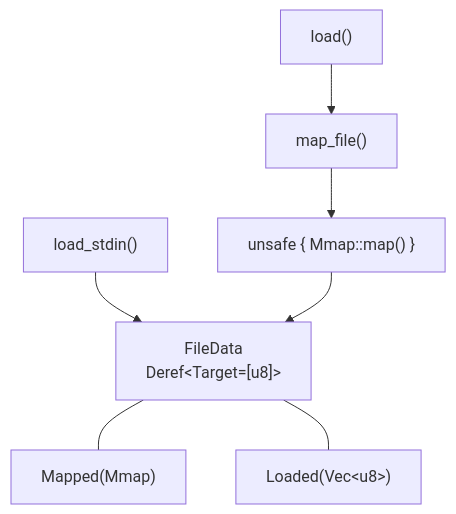
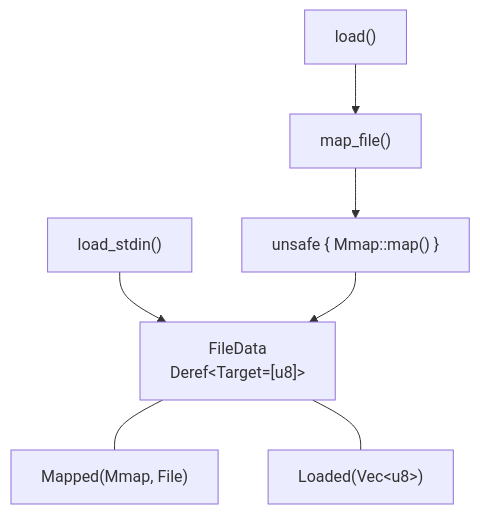
Before and after one commit to EvilBit-Labs/mmap-guard: the diagram in README.md, drawn with Mermaid. The commit also changed other lines of this file, not shown here.

Commit message:
feat(docs): update README to include advisory locking and file data changes

````diff
--- a/README.md
+++ b/README.md
@@ -72,9 +73,9 @@
 ```mermaid
 graph TD
     load["load()"] --> map_file
     load_stdin["load_stdin()"] --> FileData
     map_file["map_file()"] --> unsafe["unsafe { Mmap::map() }"]
     unsafe --> FileData["FileData<br/>Deref&lt;Target=[u8]&gt;"]
-    FileData --- Mapped["Mapped(Mmap)"]
+    FileData --- Mapped["Mapped(Mmap, File)"]
     FileData --- Loaded["Loaded(Vec&lt;u8&gt;)"]
 ```
````
